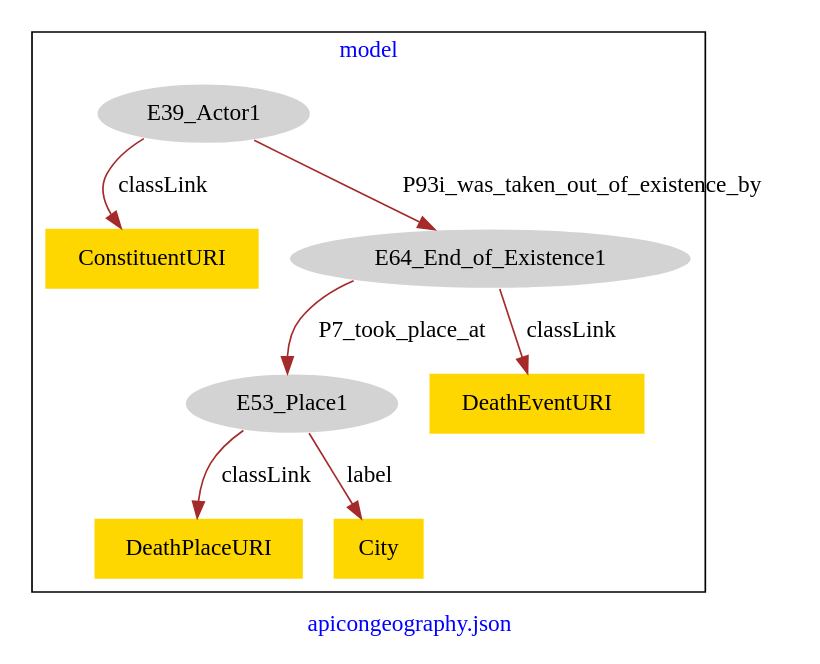
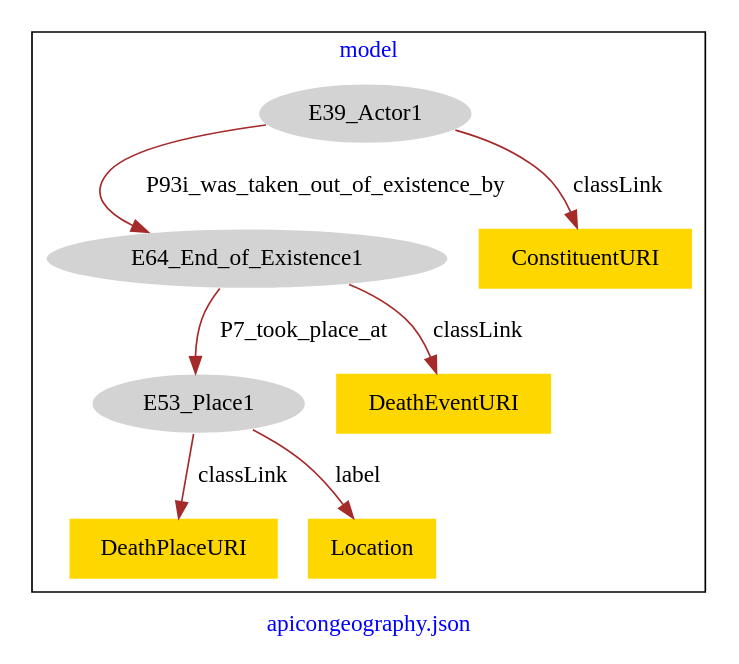
The diagram in apicongeography/apicongeography-death-model.dot (american-art/PUAM), drawn with Graphviz before and after one commit.

Commit message:
Update file apicongeography-death-model.dot

```diff
--- a/apicongeography/apicongeography-death-model.dot
+++ b/apicongeography/apicongeography-death-model.dot
@@ -1,21 +1,21 @@
 digraph n0 {
 fontcolor="blue"
 remincross="true"
 label="apicongeography.json"
 subgraph cluster {
 label="model"
 n2[style="filled",color="white",fillcolor="lightgray",label="E39_Actor1"];
-n3[shape="plaintext",style="filled",fillcolor="gold",label="ConstituentURI"];
-n4[style="filled",color="white",fillcolor="lightgray",label="E64_End_of_Existence1"];
-n5[style="filled",color="white",fillcolor="lightgray",label="E53_Place1"];
+n3[style="filled",color="white",fillcolor="lightgray",label="E64_End_of_Existence1"];
+n4[style="filled",color="white",fillcolor="lightgray",label="E53_Place1"];
+n5[shape="plaintext",style="filled",fillcolor="gold",label="ConstituentURI"];
 n6[shape="plaintext",style="filled",fillcolor="gold",label="DeathPlaceURI"];
-n7[shape="plaintext",style="filled",fillcolor="gold",label="City"];
-n8[shape="plaintext",style="filled",fillcolor="gold",label="DeathEventURI"];
+n7[shape="plaintext",style="filled",fillcolor="gold",label="DeathEventURI"];
+n8[shape="plaintext",style="filled",fillcolor="gold",label="Location"];
 }
-n2 -> n3[color="brown",fontcolor="black",label="classLink"]
-n2 -> n4[color="brown",fontcolor="black",label="P93i_was_taken_out_of_existence_by"]
-n5 -> n6[color="brown",fontcolor="black",label="classLink"]
-n5 -> n7[color="brown",fontcolor="black",label="label"]
-n4 -> n8[color="brown",fontcolor="black",label="classLink"]
-n4 -> n5[color="brown",fontcolor="black",label="P7_took_place_at"]
+n2 -> n3[color="brown",fontcolor="black",label="P93i_was_taken_out_of_existence_by"]
+n3 -> n4[color="brown",fontcolor="black",label="P7_took_place_at"]
+n2 -> n5[color="brown",fontcolor="black",label="classLink"]
+n4 -> n6[color="brown",fontcolor="black",label="classLink"]
+n3 -> n7[color="brown",fontcolor="black",label="classLink"]
+n4 -> n8[color="brown",fontcolor="black",label="label"]
 }
```
